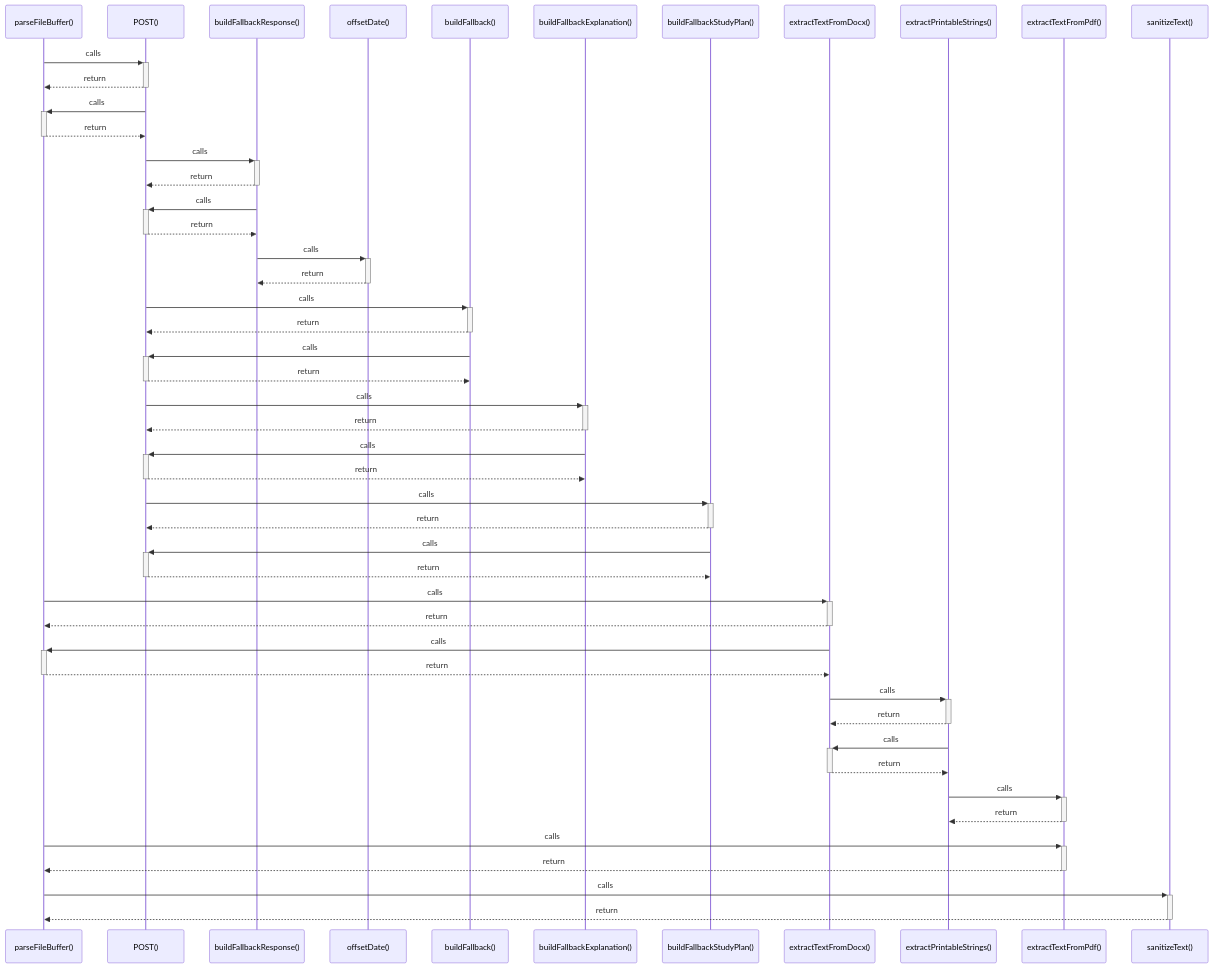
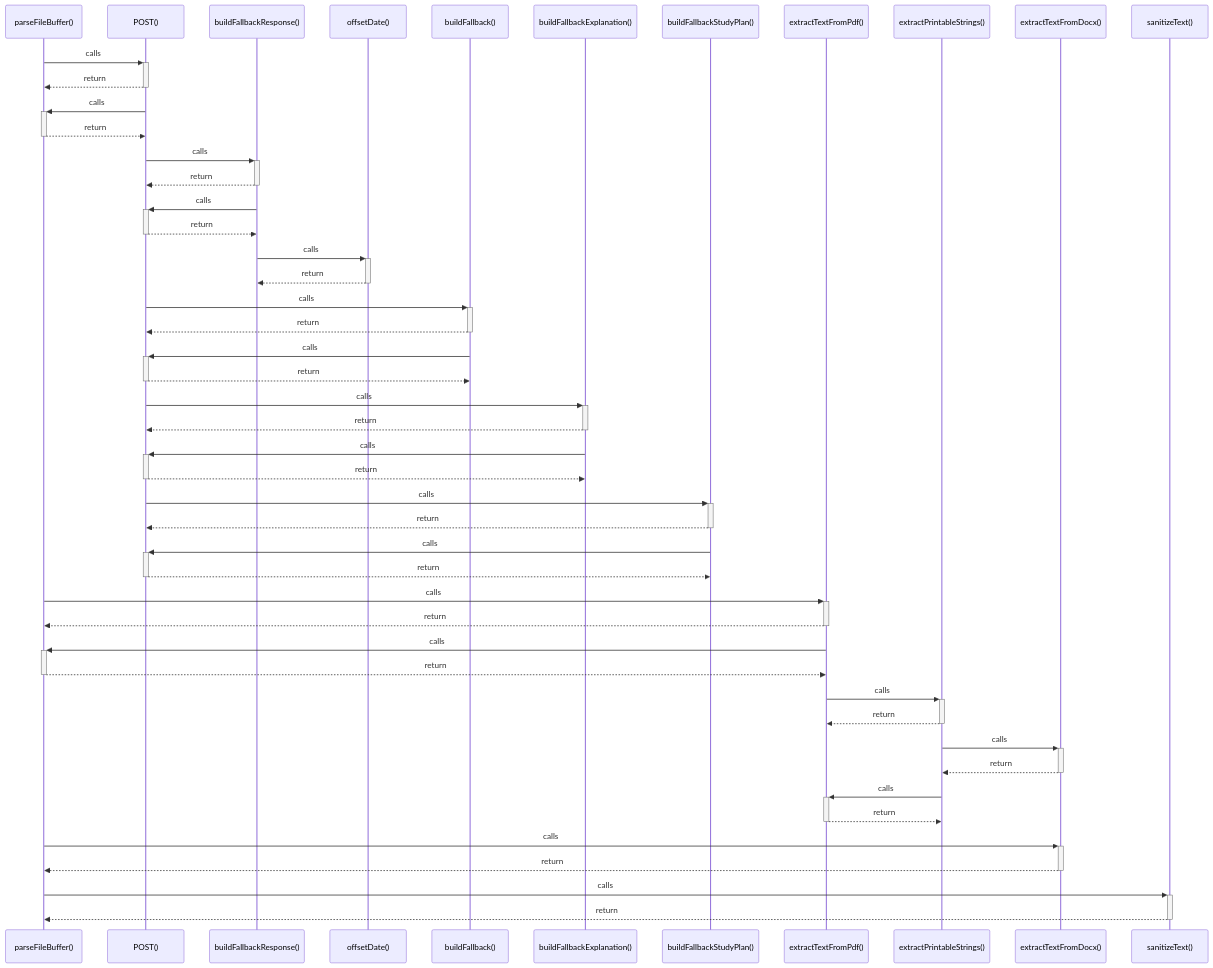
The diagram in src/graphify-out/wiki/parseFileBuffer().md (Exselsa/studysync-ai), drawn with Mermaid before and after one commit. The commit also changed other lines of this file and 34 other files, not shown here.

````diff
--- a/src/graphify-out/wiki/parseFileBuffer().md
+++ b/src/graphify-out/wiki/parseFileBuffer().md
@@ -7,50 +7,50 @@
 ```mermaid
 sequenceDiagram
     participant P0 as parseFileBuffer()
     participant P1 as POST()
     participant P2 as buildFallbackResponse()
     participant P3 as offsetDate()
     participant P4 as buildFallback()
     participant P5 as buildFallbackExplanation()
     participant P6 as buildFallbackStudyPlan()
-    participant P7 as extractTextFromDocx()
+    participant P7 as extractTextFromPdf()
     participant P8 as extractPrintableStrings()
-    participant P9 as extractTextFromPdf()
+    participant P9 as extractTextFromDocx()
     participant P10 as sanitizeText()
     P0->>+ P1: calls
     P1-->>- P0: return
     P1->>+ P0: calls
     P0-->>- P1: return
     P1->>+ P2: calls
     P2-->>- P1: return
     P2->>+ P1: calls
     P1-->>- P2: return
     P2->>+ P3: calls
     P3-->>- P2: return
     P1->>+ P4: calls
     P4-->>- P1: return
     P4->>+ P1: calls
     P1-->>- P4: return
     P1->>+ P5: calls
     P5-->>- P1: return
     P5->>+ P1: calls
     P1-->>- P5: return
     P1->>+ P6: calls
     P6-->>- P1: return
     P6->>+ P1: calls
     P1-->>- P6: return
     P0->>+ P7: calls
     P7-->>- P0: return
     P7->>+ P0: calls
     P0-->>- P7: return
     P7->>+ P8: calls
     P8-->>- P7: return
+    P8->>+ P9: calls
+    P9-->>- P8: return
     P8->>+ P7: calls
     P7-->>- P8: return
-    P8->>+ P9: calls
-    P9-->>- P8: return
     P0->>+ P9: calls
     P9-->>- P0: return
     P0->>+ P10: calls
     P10-->>- P0: return
 ```
````
